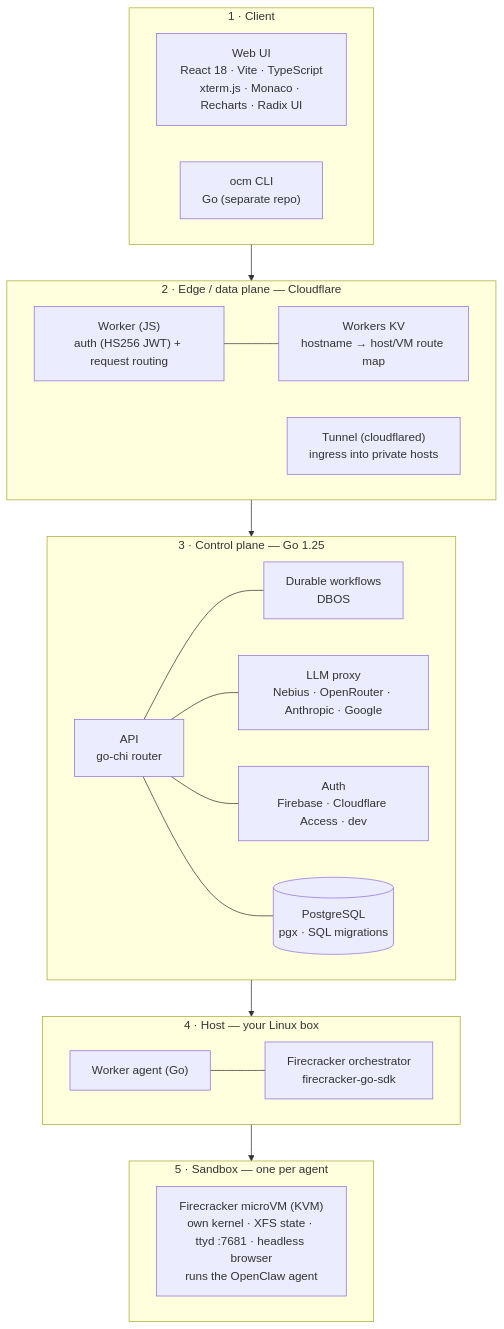
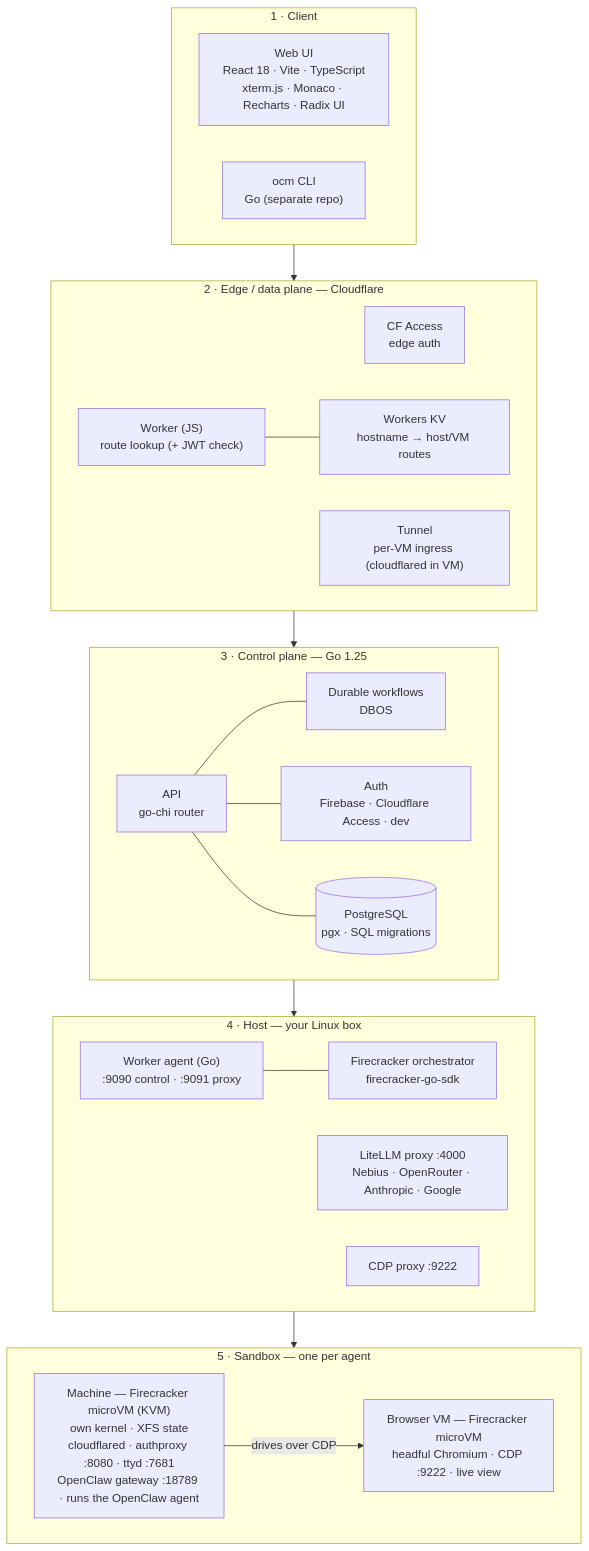
Before and after one commit to mathaix/OpenClawMachines: the diagram in README.md, drawn with Mermaid. The commit also changed other lines of this file and 11 other files, not shown here.

First line of the commit message:
docs: add sanitized architecture docs and refine README

````diff
--- a/README.md
+++ b/README.md
@@ -178,39 +210,42 @@
 ```mermaid
 flowchart TB
     subgraph L1["1 · Client"]
         FE["Web UI<br/>React 18 · Vite · TypeScript<br/>xterm.js · Monaco · Recharts · Radix UI"]
         CLI["ocm CLI<br/>Go (separate repo)"]
     end
 
     subgraph L2["2 · Edge / data plane — Cloudflare"]
-        W["Worker (JS)<br/>auth (HS256 JWT) + request routing"]
-        KV["Workers KV<br/>hostname → host/VM route map"]
-        TUN["Tunnel (cloudflared)<br/>ingress into private hosts"]
+        CFA["CF Access<br/>edge auth"]
+        W["Worker (JS)<br/>route lookup (+ JWT check)"]
+        KV["Workers KV<br/>hostname → host/VM routes"]
+        TUN["Tunnel<br/>per-VM ingress (cloudflared in VM)"]
         W --- KV
     end
 
     subgraph L3["3 · Control plane — Go 1.25"]
         API["API<br/>go-chi router"]
         WF["Durable workflows<br/>DBOS"]
-        PROXY["LLM proxy<br/>Nebius · OpenRouter · Anthropic · Google"]
         AUTH["Auth<br/>Firebase · Cloudflare Access · dev"]
         DB[("PostgreSQL<br/>pgx · SQL migrations")]
         API --- WF
-        API --- PROXY
         API --- AUTH
         API --- DB
     end
 
     subgraph L4["4 · Host — your Linux box"]
-        WA["Worker agent (Go)"]
+        WA["Worker agent (Go)<br/>:9090 control · :9091 proxy"]
         ORCH["Firecracker orchestrator<br/>firecracker-go-sdk"]
+        LLM["LiteLLM proxy :4000<br/>Nebius · OpenRouter · Anthropic · Google"]
+        CDPX["CDP proxy :9222"]
         WA --- ORCH
     end
 
     subgraph L5["5 · Sandbox — one per agent"]
-        VM["Firecracker microVM (KVM)<br/>own kernel · XFS state · ttyd :7681 · headless browser<br/>runs the OpenClaw agent"]
+        VM["Machine — Firecracker microVM (KVM)<br/>own kernel · XFS state<br/>cloudflared · authproxy :8080 · ttyd :7681<br/>OpenClaw gateway :18789 · runs the OpenClaw agent"]
+        BVM["Browser VM — Firecracker microVM<br/>headful Chromium · CDP :9222 · live view"]
+        VM -->|drives over CDP| BVM
     end
 
     L1 --> L2 --> L3
     L3 --> L4 --> L5
 ```
````
